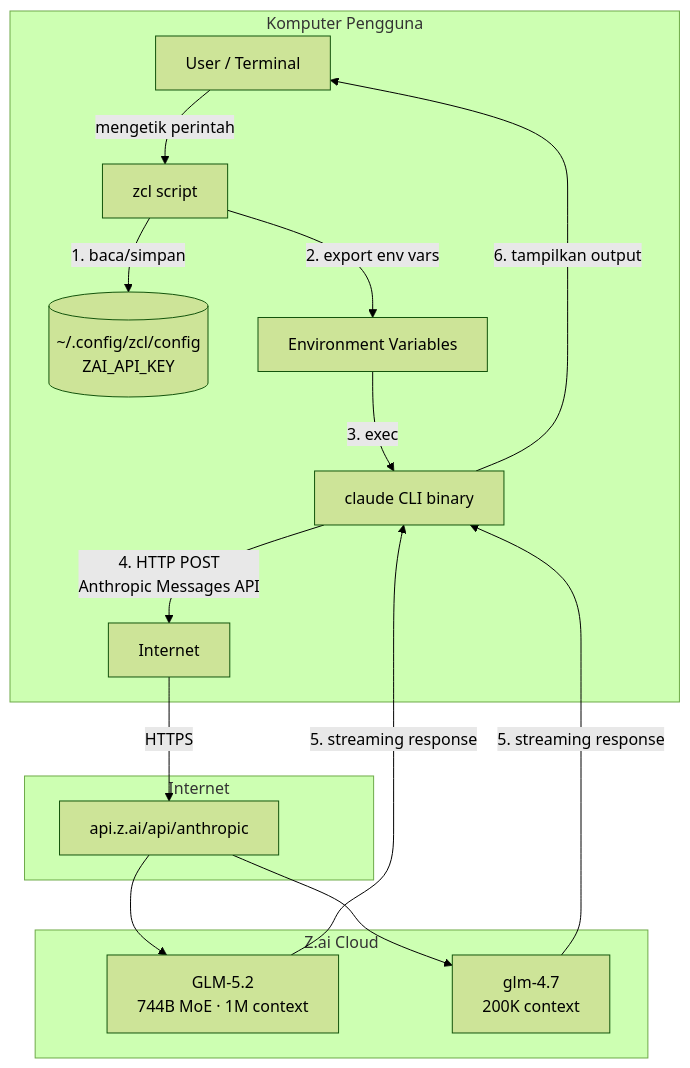
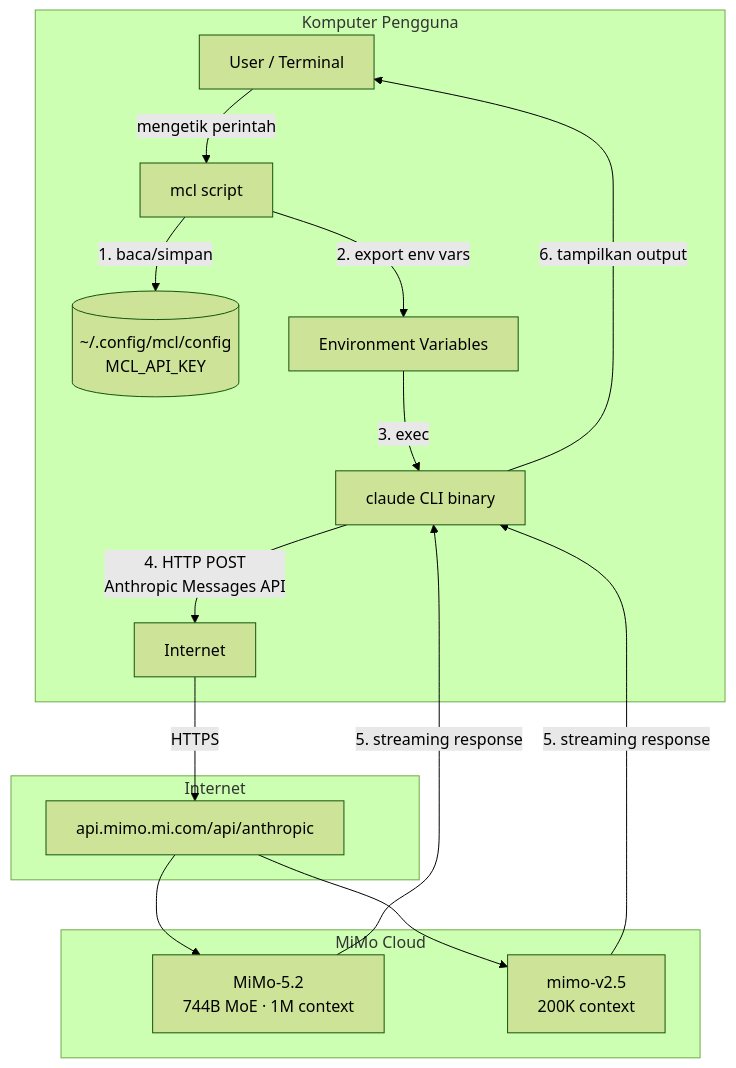
The first of 6 diagrams in README.md (Muhira007/mcl-claude), drawn with Mermaid (forest theme) before and after one commit. The commit also changed other lines of this file and 633 other files, not shown here.

Commit message:
Initial commit of mcl with zcl features and token plan logic

````diff
--- a/README.md
+++ b/README.md
@@ -93,23 +93,23 @@
 ```mermaid
 graph TB
     subgraph "Komputer Pengguna"
-        A[User / Terminal] -->|mengetik perintah| B[zcl script]
-        B -->|1. baca/simpan| C[("~/.config/zcl/config<br/>ZAI_API_KEY")]
+        A[User / Terminal] -->|mengetik perintah| B[mcl script]
+        B -->|1. baca/simpan| C[("~/.config/mcl/config<br/>MCL_API_KEY")]
         B -->|2. export env vars| D[Environment Variables]
         D -->|3. exec| E[claude CLI binary]
         E -->|4. HTTP POST<br/>Anthropic Messages API| F[Internet]
     end
 
     subgraph "Internet"
-        F -->|HTTPS| G["api.z.ai/api/anthropic"]
+        F -->|HTTPS| G["api.mimo.mi.com/api/anthropic"]
     end
 
-    subgraph "Z.ai Cloud"
-        G --> H[GLM-5.2<br/>744B MoE · 1M context]
-        G --> I[glm-4.7<br/>200K context]
+    subgraph "MiMo Cloud"
+        G --> H[MiMo-5.2<br/>744B MoE · 1M context]
+        G --> I[mimo-v2.5<br/>200K context]
     end
 
     H -->|5. streaming response| E
     I -->|5. streaming response| E
     E -->|6. tampilkan output| A
 ```
````
